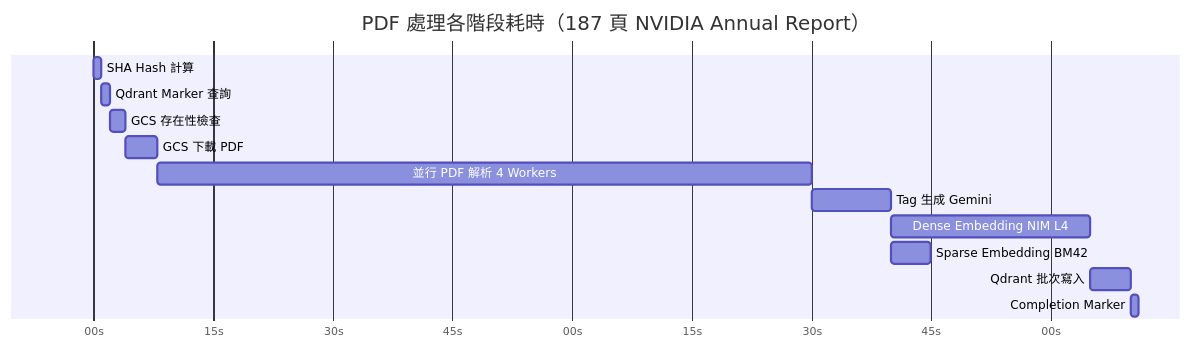
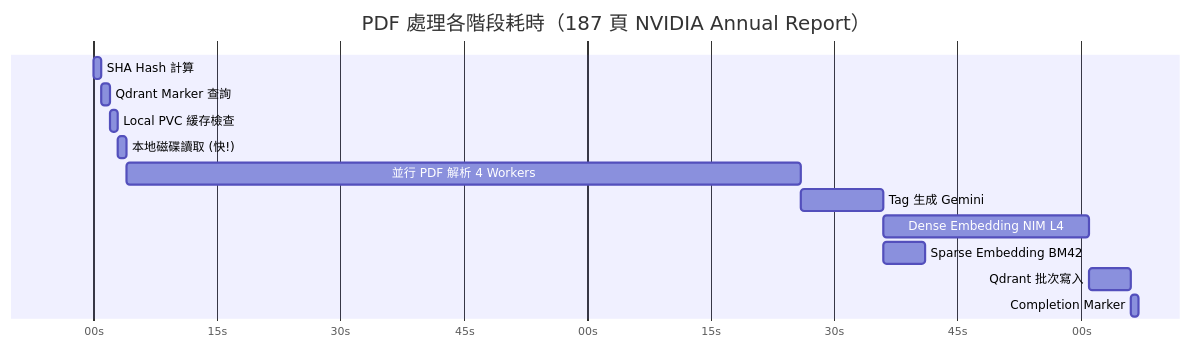
The sixth of 7 diagrams in docs/pdf_pipeline_flowchart.md (spike688023/pdf_parser_agent), drawn with Mermaid before and after one commit. The commit also changed other lines of this file and 5 other files, not shown here.

Commit message:
feat: optimize PDF processing with local persistent storage (1GB PVC), update docs and k8s configuration

````diff
--- a/docs/pdf_pipeline_flowchart.md
+++ b/docs/pdf_pipeline_flowchart.md
@@ -144,17 +155,17 @@
 ```mermaid
 gantt
     title PDF 處理各階段耗時（187 頁 NVIDIA Annual Report）
     dateFormat ss
     axisFormat %Ss
 
     SHA Hash 計算           :a1, 00, 1s
     Qdrant Marker 查詢      :a2, after a1, 1s
-    GCS 存在性檢查          :b1, after a2, 2s
-    GCS 下載 PDF            :b2, after b1, 4s
+    Local PVC 緩存檢查      :b1, after a2, 1s
+    本地磁碟讀取 (快!)       :b2, after b1, 1s
     並行 PDF 解析 4 Workers  :c1, after b2, 82s
     Tag 生成 Gemini          :d1, after c1, 10s
     Dense Embedding NIM L4   :e1, after d1, 25s
     Sparse Embedding BM42    :e2, after d1, 5s
     Qdrant 批次寫入          :f1, after e1, 5s
     Completion Marker        :f2, after f1, 1s
 ```
````
